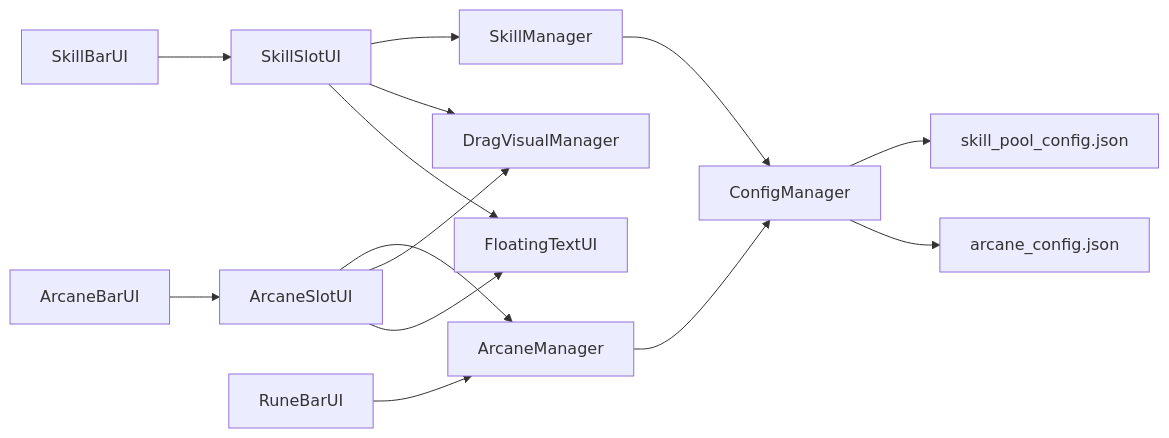
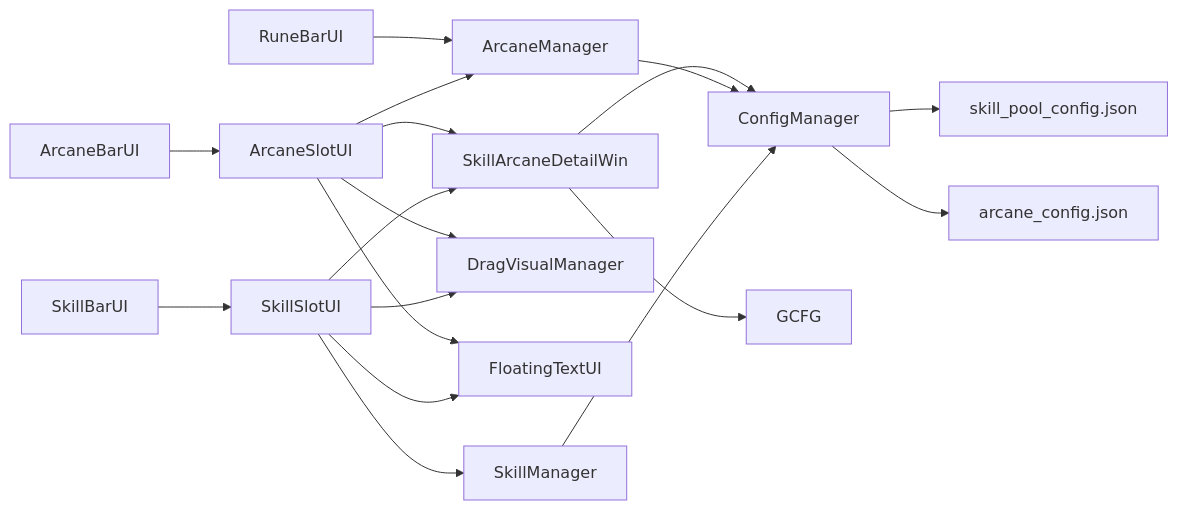
One commit to Tuusen/p1_client changed the fifth of 5 diagrams in .qoder/repowiki/zh/content/用户界面系统/技能与奥术界面.md. Above: the diagram before and after it, drawn with Mermaid. The commit also changed other lines of this file and 15 other files, not shown here.

````diff
--- a/.qoder/repowiki/zh/content/用户界面系统/技能与奥术界面.md
+++ b/.qoder/repowiki/zh/content/用户界面系统/技能与奥术界面.md
@@ -412,16 +470,20 @@
 ```mermaid
 graph LR
 CM["ConfigManager"] --> SKILL_POOL["skill_pool_config.json"]
 CM --> ARCANE_CFG["arcane_config.json"]
 SM["SkillManager"] --> CM
 AM["ArcaneManager"] --> CM
 SS["SkillSlotUI"] --> SM
 AS["ArcaneSlotUI"] --> AM
 SB["SkillBarUI"] --> SS
 AB["ArcaneBarUI"] --> AS
 RB["RuneBarUI"] --> AM
 SS --> DVM["DragVisualManager"]
 AS --> DVM
 SS --> FT["FloatingTextUI"]
 AS --> FT
+SS --> SADW["SkillArcaneDetailWin"]
+AS --> SADW
+SADW --> CM
+SADW --> GCFG
 ```
````
